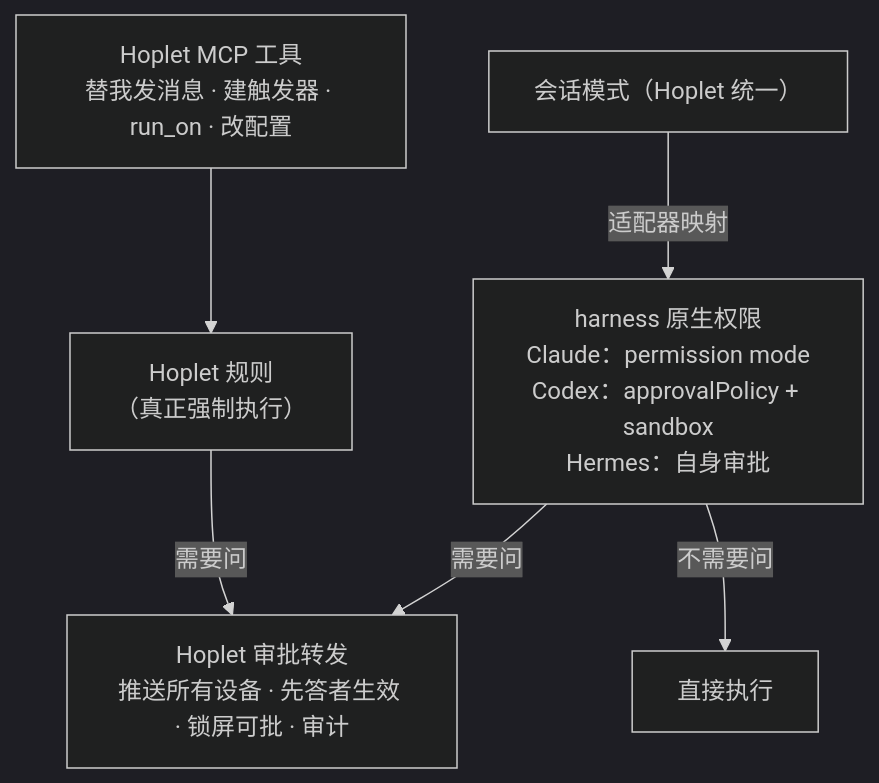
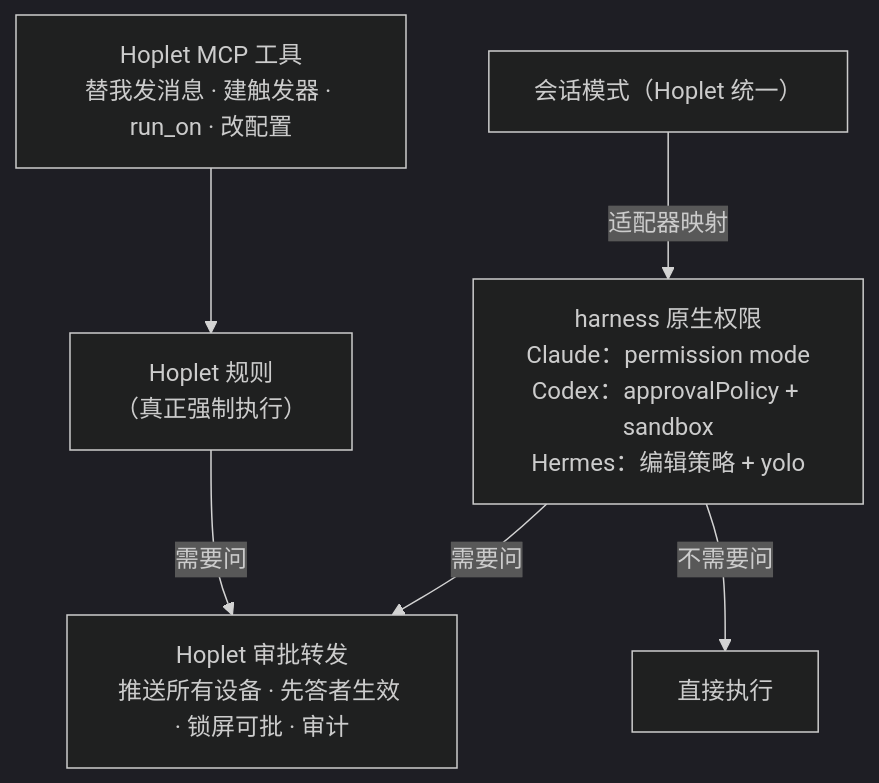
The second of 3 diagrams in docs/design/0007-commands-approvals.md (yangflow/hoplet), drawn with Mermaid (dark theme) before and after one commit. The commit also changed 4 other files, not shown here.

Commit message:
docs(design): record how Hoplet drives Hermes

````diff
--- a/docs/design/0007-commands-approvals.md
+++ b/docs/design/0007-commands-approvals.md
@@ -30,8 +30,8 @@
 ```mermaid
 flowchart TB
-    Mode["会话模式（Hoplet 统一）"] -- 适配器映射 --> Native["harness 原生权限<br/>Claude：permission mode<br/>Codex：approvalPolicy + sandbox<br/>Hermes：自身审批"]
+    Mode["会话模式（Hoplet 统一）"] -- 适配器映射 --> Native["harness 原生权限<br/>Claude：permission mode<br/>Codex：approvalPolicy + sandbox<br/>Hermes：编辑策略 + yolo"]
     Native -- "需要问" --> Relay["Hoplet 审批转发<br/>推送所有设备 · 先答者生效 · 锁屏可批 · 审计"]
     Native -- "不需要问" --> Run["直接执行"]
     MCP["Hoplet MCP 工具<br/>替我发消息 · 建触发器 · run_on · 改配置"] --> Rules["Hoplet 规则<br/>（真正强制执行）"]
     Rules -- "需要问" --> Relay
 ```
````
